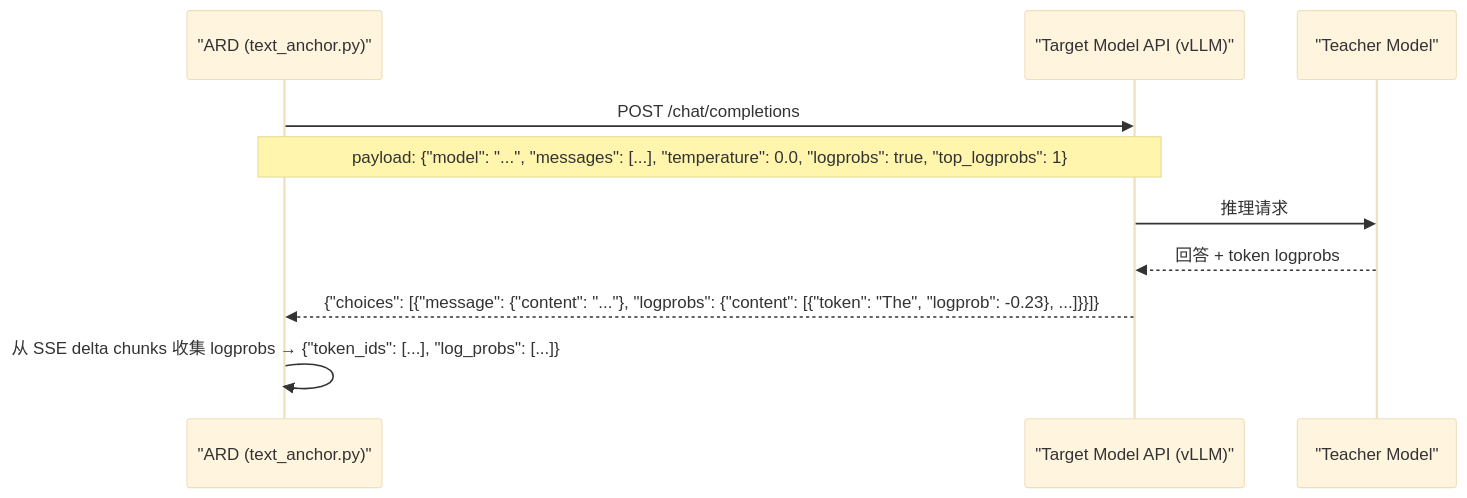
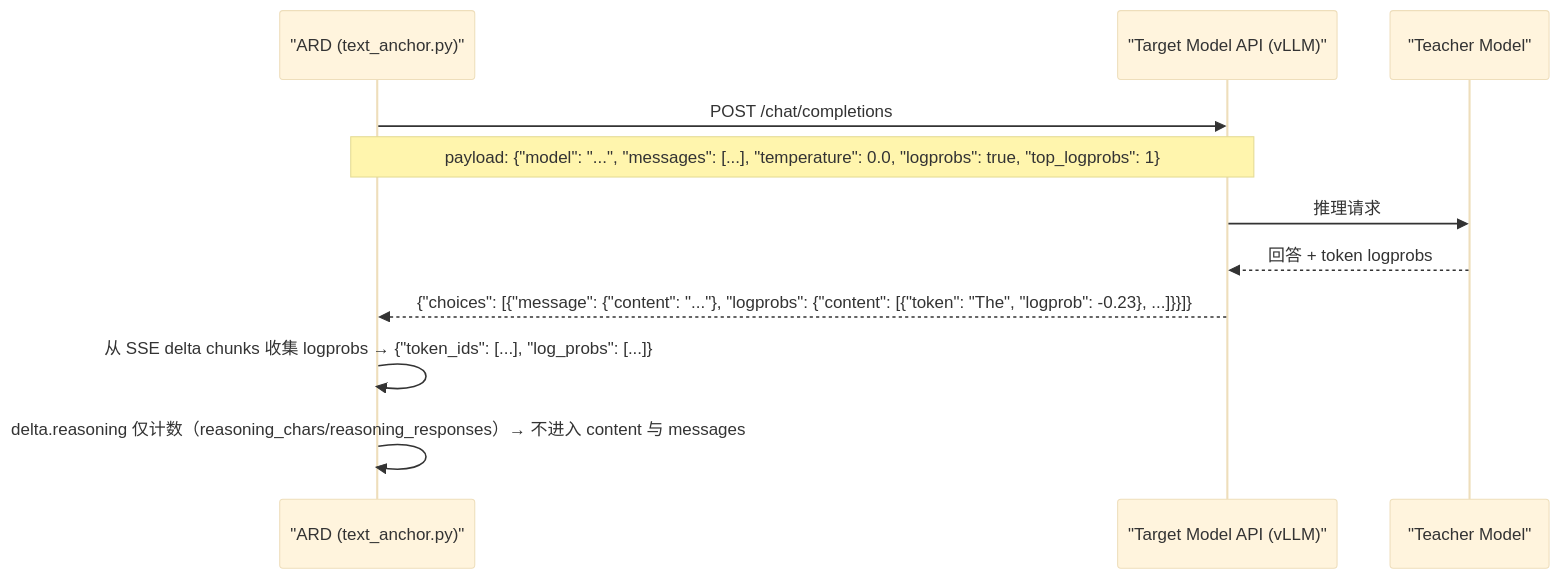
Before and after one commit to godthrone/anchor-replay-distillation: the fourth of 7 diagrams in docs/architecture.md, drawn with Mermaid (base theme). The commit also changed other lines of this file and 4 other files, not shown here.

First line of the commit message:
docs: sync architecture, READMEs and config comments with the shipped behavior

````diff
--- a/docs/architecture.md
+++ b/docs/architecture.md
@@ -324,16 +324,17 @@
 ```mermaid
 sequenceDiagram
     participant ARD as "ARD (text_anchor.py)"
     participant API as "Target Model API (vLLM)"
     participant Model as "Teacher Model"
 
     ARD->>API: POST /chat/completions
     Note over ARD,API: payload: {"model": "...", "messages": [...], "temperature": 0.0, "logprobs": true, "top_logprobs": 1}
 
     API->>Model: 推理请求
     Model-->>API: 回答 + token logprobs
 
     API-->>ARD: {"choices": [{"message": {"content": "..."}, "logprobs": {"content": [{"token": "The", "logprob": -0.23}, ...]}}]}
 
     ARD->>ARD: 从 SSE delta chunks 收集 logprobs → {"token_ids": [...], "log_probs": [...]}
+    ARD->>ARD: delta.reasoning 仅计数（reasoning_chars/reasoning_responses）→ 不进入 content 与 messages
 ```
````
